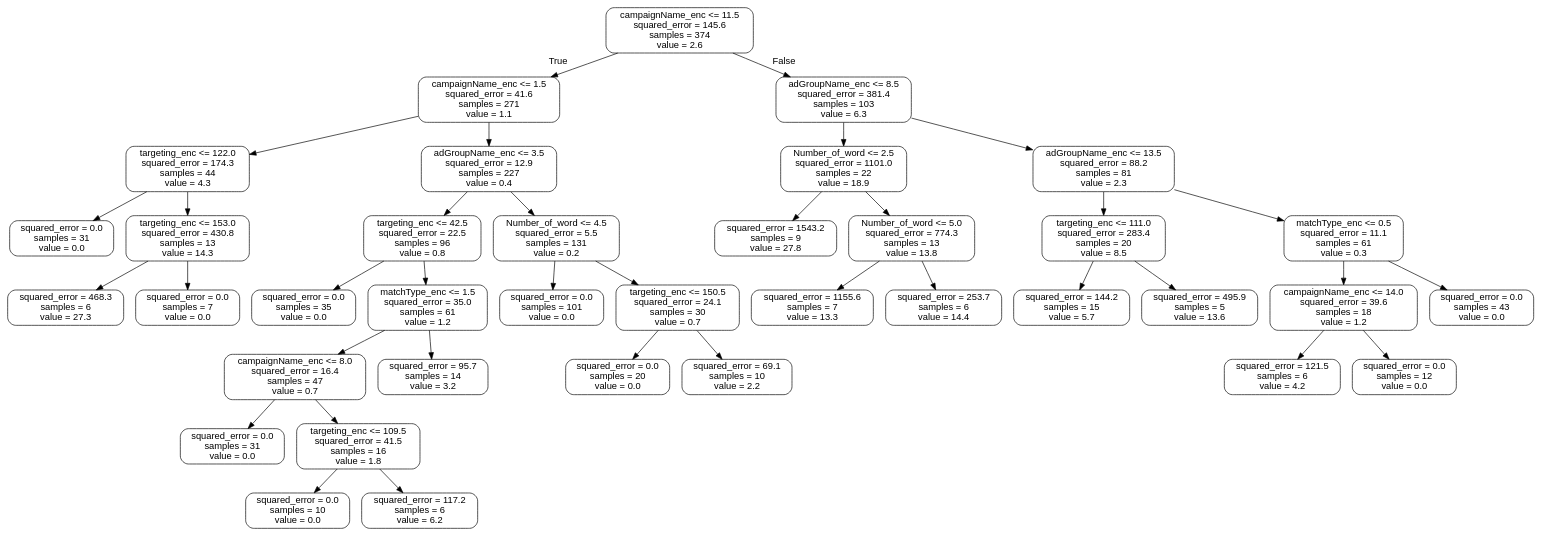
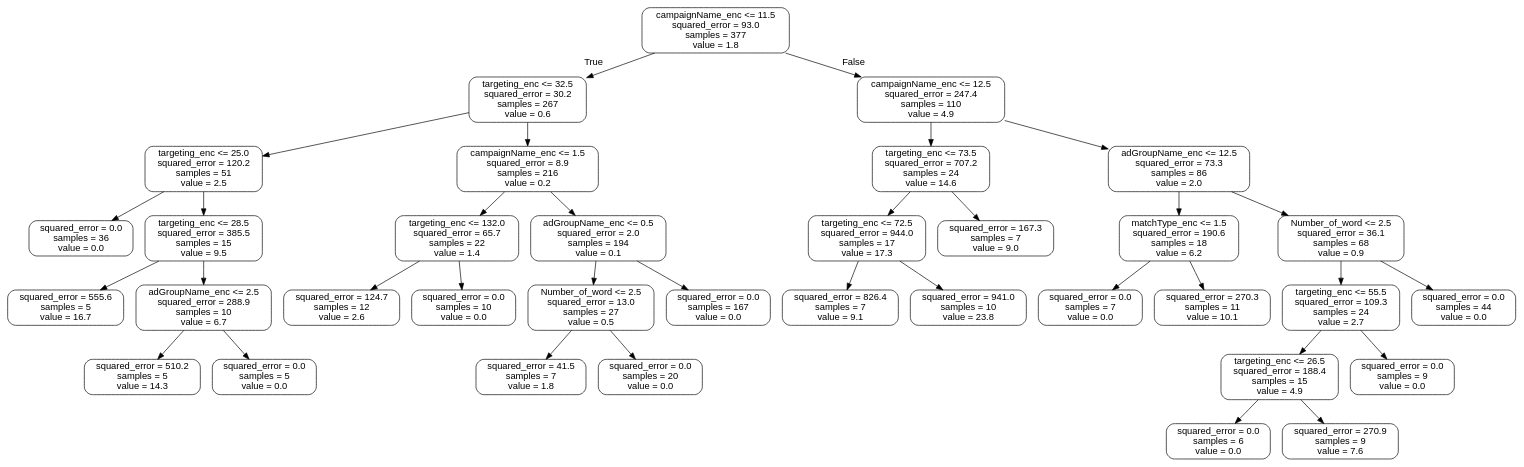
Before and after one commit to mike-lee-dev/ppc_api: the diagram in tree.dot, drawn with Graphviz. The commit also changed 7 other files, not shown here.

```diff
--- a/tree.dot
+++ b/tree.dot
@@ -1,77 +1,73 @@
 digraph Tree {
 node [shape=box, style="rounded", color="black", fontname="helvetica"] ;
 edge [fontname="helvetica"] ;
-0 [label="campaignName_enc <= 11.5\nsquared_error = 145.6\nsamples = 374\nvalue = 2.6"] ;
-1 [label="campaignName_enc <= 1.5\nsquared_error = 41.6\nsamples = 271\nvalue = 1.1"] ;
+0 [label="campaignName_enc <= 11.5\nsquared_error = 93.0\nsamples = 377\nvalue = 1.8"] ;
+1 [label="targeting_enc <= 32.5\nsquared_error = 30.2\nsamples = 267\nvalue = 0.6"] ;
 0 -> 1 [labeldistance=2.5, labelangle=45, headlabel="True"] ;
-2 [label="targeting_enc <= 122.0\nsquared_error = 174.3\nsamples = 44\nvalue = 4.3"] ;
+2 [label="targeting_enc <= 25.0\nsquared_error = 120.2\nsamples = 51\nvalue = 2.5"] ;
 1 -> 2 ;
-3 [label="squared_error = 0.0\nsamples = 31\nvalue = 0.0"] ;
+3 [label="squared_error = 0.0\nsamples = 36\nvalue = 0.0"] ;
 2 -> 3 ;
-4 [label="targeting_enc <= 153.0\nsquared_error = 430.8\nsamples = 13\nvalue = 14.3"] ;
+4 [label="targeting_enc <= 28.5\nsquared_error = 385.5\nsamples = 15\nvalue = 9.5"] ;
 2 -> 4 ;
-5 [label="squared_error = 468.3\nsamples = 6\nvalue = 27.3"] ;
+5 [label="squared_error = 555.6\nsamples = 5\nvalue = 16.7"] ;
 4 -> 5 ;
-6 [label="squared_error = 0.0\nsamples = 7\nvalue = 0.0"] ;
+6 [label="adGroupName_enc <= 2.5\nsquared_error = 288.9\nsamples = 10\nvalue = 6.7"] ;
 4 -> 6 ;
-7 [label="adGroupName_enc <= 3.5\nsquared_error = 12.9\nsamples = 227\nvalue = 0.4"] ;
-1 -> 7 ;
-8 [label="targeting_enc <= 42.5\nsquared_error = 22.5\nsamples = 96\nvalue = 0.8"] ;
-7 -> 8 ;
-9 [label="squared_error = 0.0\nsamples = 35\nvalue = 0.0"] ;
-8 -> 9 ;
-10 [label="matchType_enc <= 1.5\nsquared_error = 35.0\nsamples = 61\nvalue = 1.2"] ;
-8 -> 10 ;
-11 [label="campaignName_enc <= 8.0\nsquared_error = 16.4\nsamples = 47\nvalue = 0.7"] ;
+7 [label="squared_error = 510.2\nsamples = 5\nvalue = 14.3"] ;
+6 -> 7 ;
+8 [label="squared_error = 0.0\nsamples = 5\nvalue = 0.0"] ;
+6 -> 8 ;
+9 [label="campaignName_enc <= 1.5\nsquared_error = 8.9\nsamples = 216\nvalue = 0.2"] ;
+1 -> 9 ;
+10 [label="targeting_enc <= 132.0\nsquared_error = 65.7\nsamples = 22\nvalue = 1.4"] ;
+9 -> 10 ;
+11 [label="squared_error = 124.7\nsamples = 12\nvalue = 2.6"] ;
 10 -> 11 ;
-12 [label="squared_error = 0.0\nsamples = 31\nvalue = 0.0"] ;
-11 -> 12 ;
-13 [label="targeting_enc <= 109.5\nsquared_error = 41.5\nsamples = 16\nvalue = 1.8"] ;
-11 -> 13 ;
-14 [label="squared_error = 0.0\nsamples = 10\nvalue = 0.0"] ;
+12 [label="squared_error = 0.0\nsamples = 10\nvalue = 0.0"] ;
+10 -> 12 ;
+13 [label="adGroupName_enc <= 0.5\nsquared_error = 2.0\nsamples = 194\nvalue = 0.1"] ;
+9 -> 13 ;
+14 [label="Number_of_word <= 2.5\nsquared_error = 13.0\nsamples = 27\nvalue = 0.5"] ;
 13 -> 14 ;
-15 [label="squared_error = 117.2\nsamples = 6\nvalue = 6.2"] ;
-13 -> 15 ;
-16 [label="squared_error = 95.7\nsamples = 14\nvalue = 3.2"] ;
-10 -> 16 ;
-17 [label="Number_of_word <= 4.5\nsquared_error = 5.5\nsamples = 131\nvalue = 0.2"] ;
-7 -> 17 ;
-18 [label="squared_error = 0.0\nsamples = 101\nvalue = 0.0"] ;
-17 -> 18 ;
-19 [label="targeting_enc <= 150.5\nsquared_error = 24.1\nsamples = 30\nvalue = 0.7"] ;
-17 -> 19 ;
-20 [label="squared_error = 0.0\nsamples = 20\nvalue = 0.0"] ;
+15 [label="squared_error = 41.5\nsamples = 7\nvalue = 1.8"] ;
+14 -> 15 ;
+16 [label="squared_error = 0.0\nsamples = 20\nvalue = 0.0"] ;
+14 -> 16 ;
+17 [label="squared_error = 0.0\nsamples = 167\nvalue = 0.0"] ;
+13 -> 17 ;
+18 [label="campaignName_enc <= 12.5\nsquared_error = 247.4\nsamples = 110\nvalue = 4.9"] ;
+0 -> 18 [labeldistance=2.5, labelangle=-45, headlabel="False"] ;
+19 [label="targeting_enc <= 73.5\nsquared_error = 707.2\nsamples = 24\nvalue = 14.6"] ;
+18 -> 19 ;
+20 [label="targeting_enc <= 72.5\nsquared_error = 944.0\nsamples = 17\nvalue = 17.3"] ;
 19 -> 20 ;
-21 [label="squared_error = 69.1\nsamples = 10\nvalue = 2.2"] ;
-19 -> 21 ;
-22 [label="adGroupName_enc <= 8.5\nsquared_error = 381.4\nsamples = 103\nvalue = 6.3"] ;
-0 -> 22 [labeldistance=2.5, labelangle=-45, headlabel="False"] ;
-23 [label="Number_of_word <= 2.5\nsquared_error = 1101.0\nsamples = 22\nvalue = 18.9"] ;
-22 -> 23 ;
-24 [label="squared_error = 1543.2\nsamples = 9\nvalue = 27.8"] ;
-23 -> 24 ;
-25 [label="Number_of_word <= 5.0\nsquared_error = 774.3\nsamples = 13\nvalue = 13.8"] ;
-23 -> 25 ;
-26 [label="squared_error = 1155.6\nsamples = 7\nvalue = 13.3"] ;
+21 [label="squared_error = 826.4\nsamples = 7\nvalue = 9.1"] ;
+20 -> 21 ;
+22 [label="squared_error = 941.0\nsamples = 10\nvalue = 23.8"] ;
+20 -> 22 ;
+23 [label="squared_error = 167.3\nsamples = 7\nvalue = 9.0"] ;
+19 -> 23 ;
+24 [label="adGroupName_enc <= 12.5\nsquared_error = 73.3\nsamples = 86\nvalue = 2.0"] ;
+18 -> 24 ;
+25 [label="matchType_enc <= 1.5\nsquared_error = 190.6\nsamples = 18\nvalue = 6.2"] ;
+24 -> 25 ;
+26 [label="squared_error = 0.0\nsamples = 7\nvalue = 0.0"] ;
 25 -> 26 ;
-27 [label="squared_error = 253.7\nsamples = 6\nvalue = 14.4"] ;
+27 [label="squared_error = 270.3\nsamples = 11\nvalue = 10.1"] ;
 25 -> 27 ;
-28 [label="adGroupName_enc <= 13.5\nsquared_error = 88.2\nsamples = 81\nvalue = 2.3"] ;
-22 -> 28 ;
-29 [label="targeting_enc <= 111.0\nsquared_error = 283.4\nsamples = 20\nvalue = 8.5"] ;
+28 [label="Number_of_word <= 2.5\nsquared_error = 36.1\nsamples = 68\nvalue = 0.9"] ;
+24 -> 28 ;
+29 [label="targeting_enc <= 55.5\nsquared_error = 109.3\nsamples = 24\nvalue = 2.7"] ;
 28 -> 29 ;
-30 [label="squared_error = 144.2\nsamples = 15\nvalue = 5.7"] ;
+30 [label="targeting_enc <= 26.5\nsquared_error = 188.4\nsamples = 15\nvalue = 4.9"] ;
 29 -> 30 ;
-31 [label="squared_error = 495.9\nsamples = 5\nvalue = 13.6"] ;
-29 -> 31 ;
-32 [label="matchType_enc <= 0.5\nsquared_error = 11.1\nsamples = 61\nvalue = 0.3"] ;
-28 -> 32 ;
-33 [label="campaignName_enc <= 14.0\nsquared_error = 39.6\nsamples = 18\nvalue = 1.2"] ;
-32 -> 33 ;
-34 [label="squared_error = 121.5\nsamples = 6\nvalue = 4.2"] ;
-33 -> 34 ;
-35 [label="squared_error = 0.0\nsamples = 12\nvalue = 0.0"] ;
-33 -> 35 ;
-36 [label="squared_error = 0.0\nsamples = 43\nvalue = 0.0"] ;
-32 -> 36 ;
+31 [label="squared_error = 0.0\nsamples = 6\nvalue = 0.0"] ;
+30 -> 31 ;
+32 [label="squared_error = 270.9\nsamples = 9\nvalue = 7.6"] ;
+30 -> 32 ;
+33 [label="squared_error = 0.0\nsamples = 9\nvalue = 0.0"] ;
+29 -> 33 ;
+34 [label="squared_error = 0.0\nsamples = 44\nvalue = 0.0"] ;
+28 -> 34 ;
 }
```
